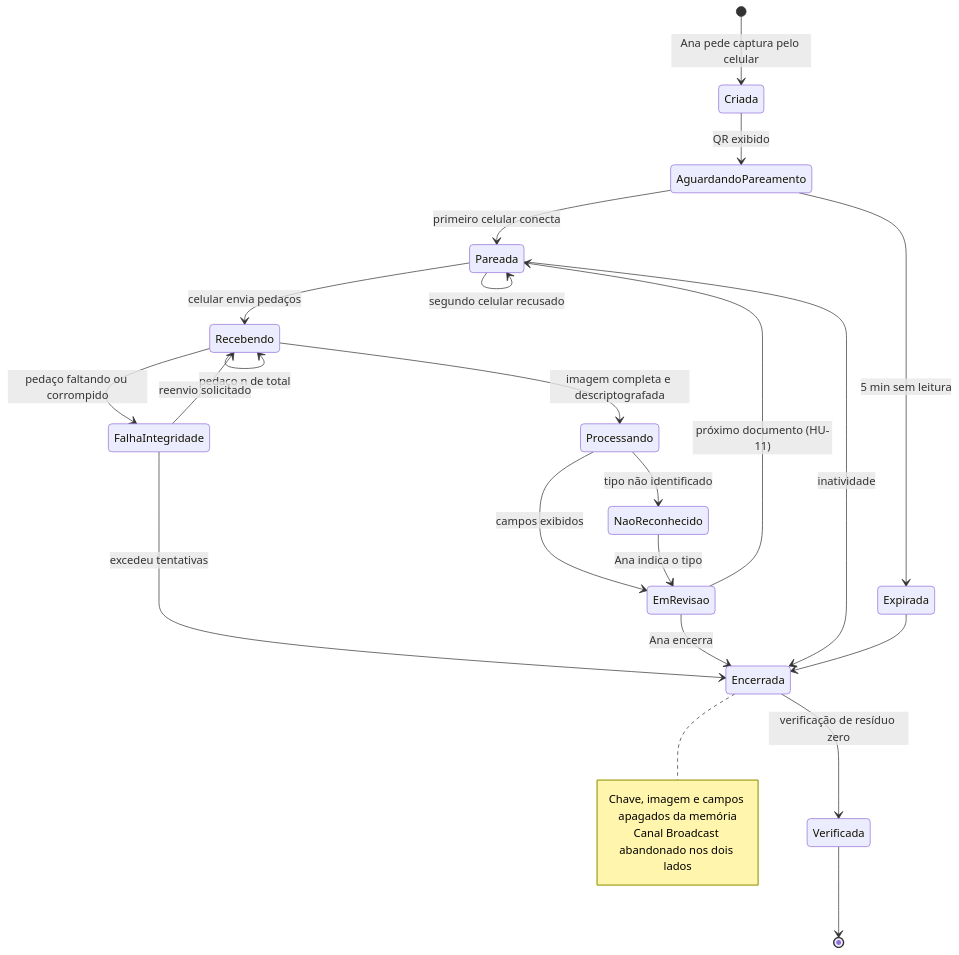
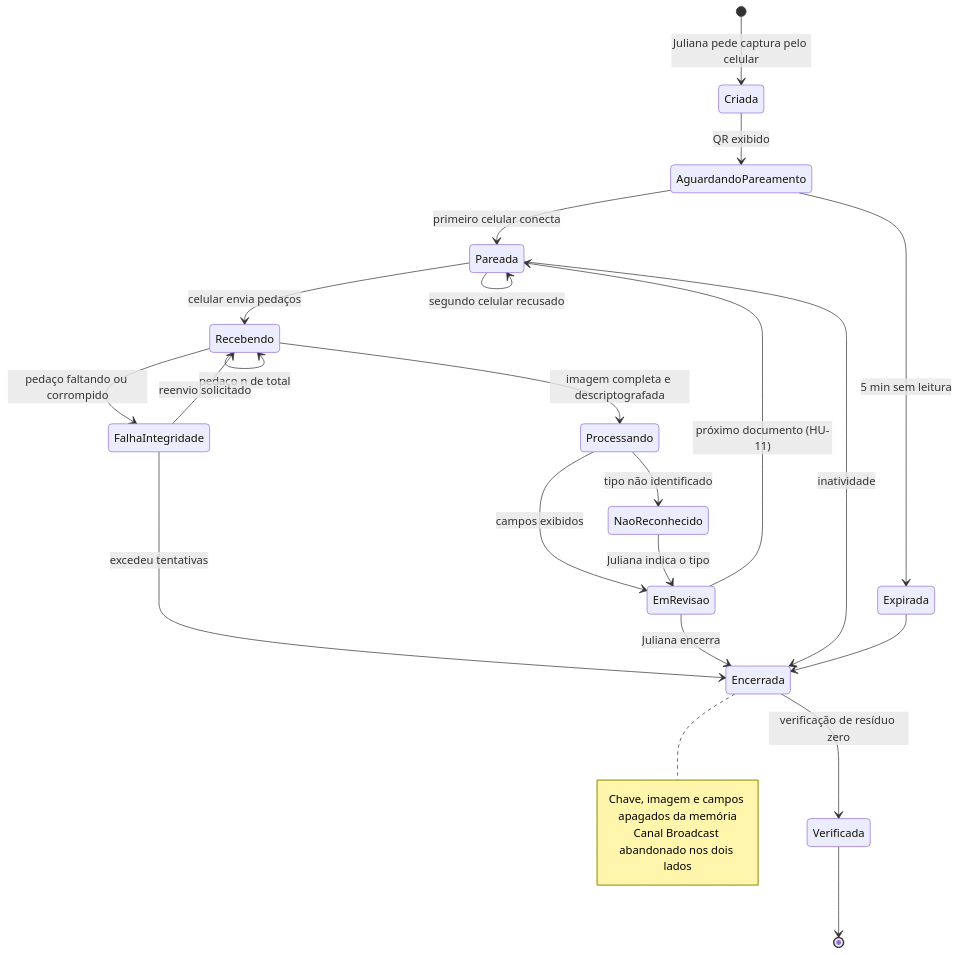
The fifth of 8 diagrams in docs/arquitetura/fluxogramas.md (marcosvpantoja/extracao-dados-documentos), drawn with Mermaid before and after one commit. The commit also changed other lines of this file and 7 other files, not shown here.

````diff
--- a/docs/arquitetura/fluxogramas.md
+++ b/docs/arquitetura/fluxogramas.md
@@ -233,28 +238,28 @@
 ```mermaid
 stateDiagram-v2
-  [*] --> Criada: Ana pede captura pelo celular
+  [*] --> Criada: Juliana pede captura pelo celular
   Criada --> AguardandoPareamento: QR exibido
   AguardandoPareamento --> Expirada: 5 min sem leitura
   AguardandoPareamento --> Pareada: primeiro celular conecta
   Pareada --> Pareada: segundo celular recusado
   Pareada --> Recebendo: celular envia pedaços
   Recebendo --> Recebendo: pedaço n de total
   Recebendo --> FalhaIntegridade: pedaço faltando ou corrompido
   FalhaIntegridade --> Recebendo: reenvio solicitado
   FalhaIntegridade --> Encerrada: excedeu tentativas
   Recebendo --> Processando: imagem completa e descriptografada
   Processando --> EmRevisao: campos exibidos
   Processando --> NaoReconhecido: tipo não identificado
-  NaoReconhecido --> EmRevisao: Ana indica o tipo
+  NaoReconhecido --> EmRevisao: Juliana indica o tipo
   EmRevisao --> Pareada: próximo documento (HU-11)
-  EmRevisao --> Encerrada: Ana encerra
+  EmRevisao --> Encerrada: Juliana encerra
   Pareada --> Encerrada: inatividade
   Expirada --> Encerrada
   Encerrada --> Verificada: verificação de resíduo zero
   Verificada --> [*]
 
   note right of Encerrada
     Chave, imagem e campos apagados da memória
     Canal Broadcast abandonado nos dois lados
   end note
 ```
````
